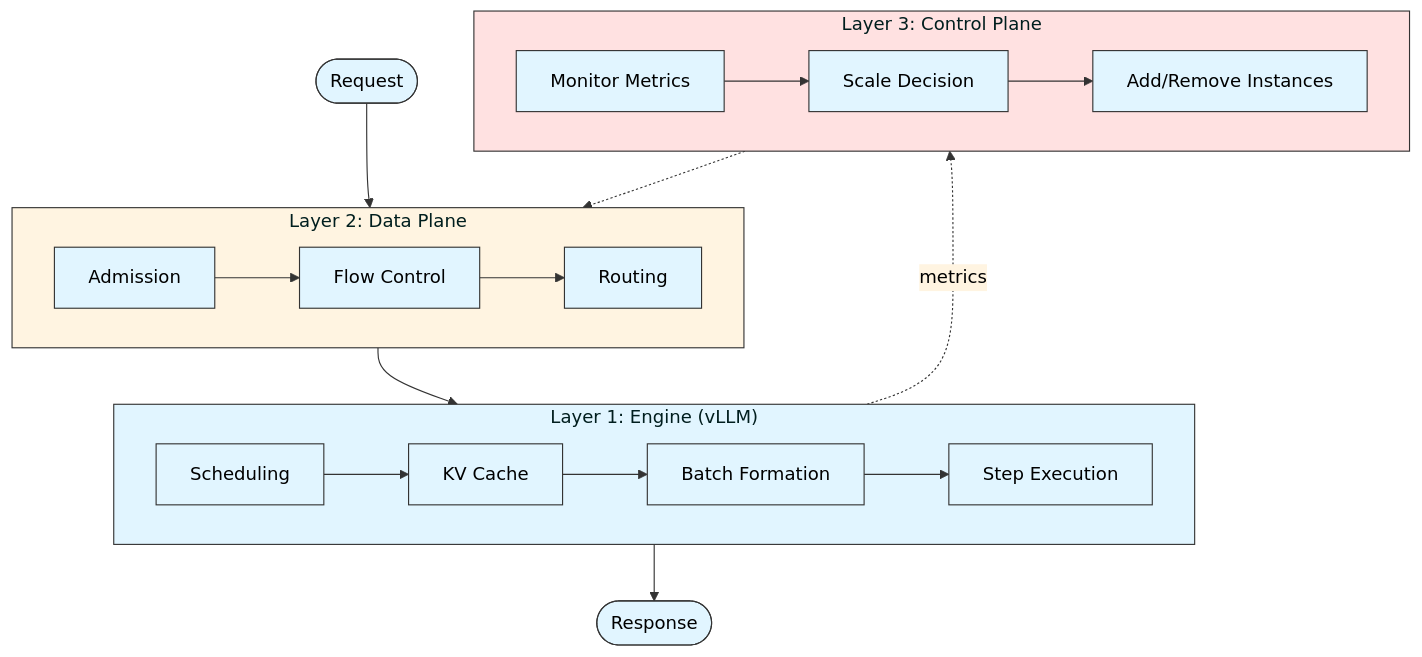
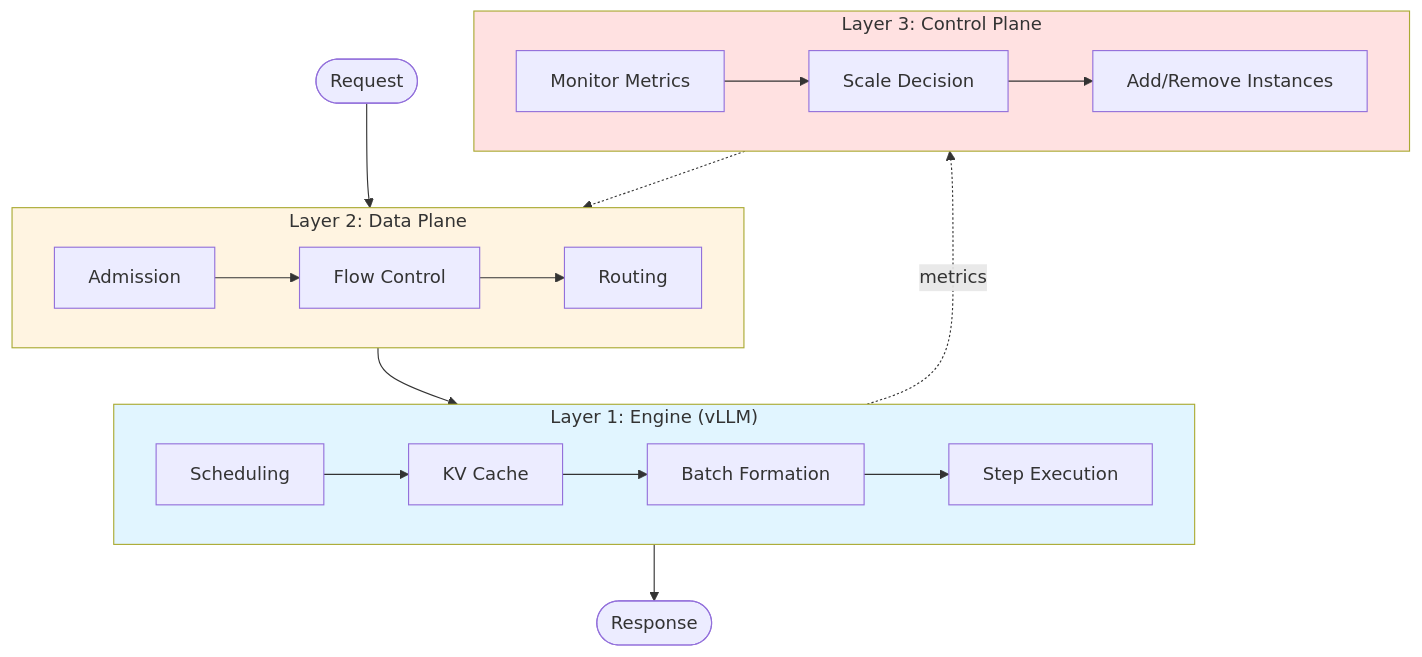
Before and after one commit to inference-sim/inference-sim: the diagram in docs/blog/posts/building-trust-physics-of-simulation.md, drawn with Mermaid. The commit also changed 1 other file, not shown here.

Commit message:
fix(docs): make mermaid text adapt to both light and dark modes

````diff
--- a/docs/blog/posts/building-trust-physics-of-simulation.md
+++ b/docs/blog/posts/building-trust-physics-of-simulation.md
@@ -39,35 +39,34 @@
 ```mermaid
-%%{init: {'theme':'base', 'themeVariables': { 'primaryColor':'#e1f5ff','primaryTextColor':'#000','primaryBorderColor':'#333','lineColor':'#333','secondaryColor':'#fff4e1','tertiaryColor':'#ffe1e1','noteBkgColor':'#fff','noteTextColor':'#000','noteBorderColor':'#333','textColor':'#000','fontSize':'16px'}}}%%
 flowchart TB
     subgraph Layer1["Layer 1: Engine (vLLM)"]
         Sched[Scheduling]
         KV[KV Cache]
         Batch[Batch Formation]
         Step[Step Execution]
         Sched --> KV --> Batch --> Step
     end
 
     subgraph Layer2["Layer 2: Data Plane"]
         Admit[Admission]
         Route[Routing]
         Flow[Flow Control]
         Admit --> Flow --> Route
     end
 
     subgraph Layer3["Layer 3: Control Plane"]
         Monitor[Monitor Metrics]
         Decide[Scale Decision]
         Actuate[Add/Remove Instances]
         Monitor --> Decide --> Actuate
     end
 
     Request([Request]) --> Layer2
     Layer2 --> Layer1
     Layer1 --> Response([Response])
     Layer3 -.-> Layer2
     Layer1 -.->|metrics| Layer3
 
-    style Layer1 fill:#e1f5ff,stroke:#333
-    style Layer2 fill:#fff4e1,stroke:#333
-    style Layer3 fill:#ffe1e1,stroke:#333
+    style Layer1 fill:#e1f5ff
+    style Layer2 fill:#fff4e1
+    style Layer3 fill:#ffe1e1
 ```
````
